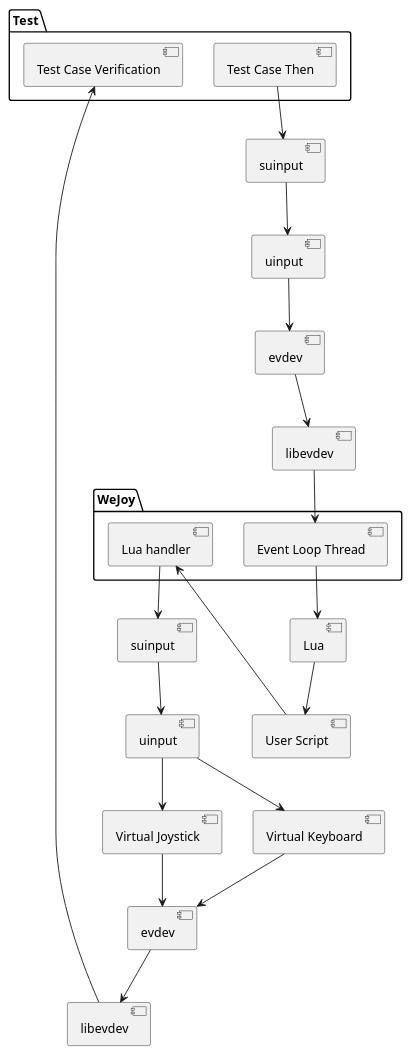
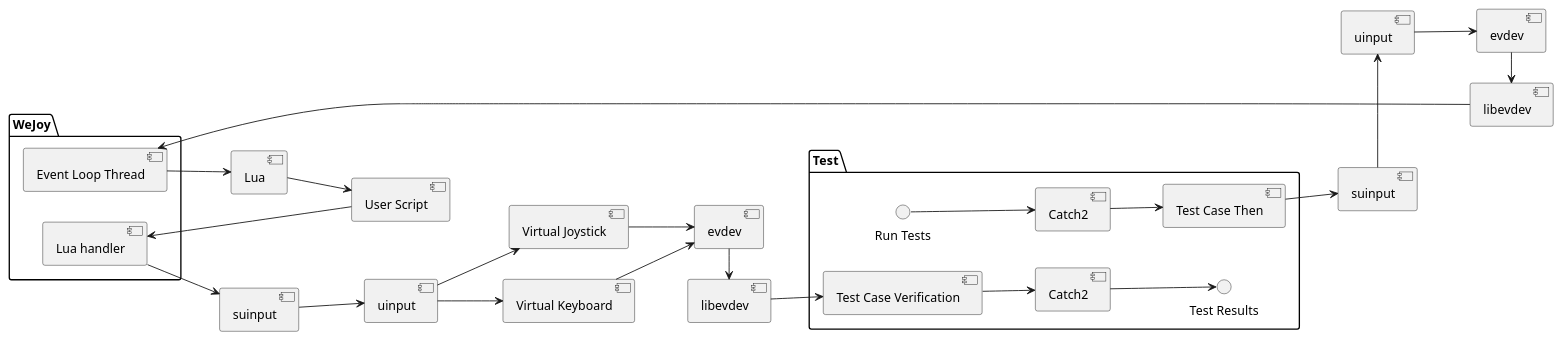
One commit to Vantskruv/wejoy changed the diagram in documentation/TestingArchitectureDiagram.puml. Above: the diagram before and after it, drawn with PlantUML. The commit also changed 6 other files, not shown here.

```diff
--- a/documentation/TestingArchitectureDiagram.puml
+++ b/documentation/TestingArchitectureDiagram.puml
@@ -1,31 +1,39 @@
 @startuml
+left to right direction
 [Lua]
 [suinput]
 [libevdev test]
 [suinput test] as "suinput"
 package "Test" {
+    interface R as "Run Tests"
+    interface R2 as "Test Results"
+    [Catch2end] as "Catch2"
+    R --> [Catch2]
+    [Catch2] --> [Test Case Then]
     [Test Case Then] --> [suinput test]
     [libevdev test] --> [Test Case Verification]
+    [Test Case Verification] --> [Catch2end]
+    [Catch2end] --> R2
 }
 [uinput test] --> [evdev]
-[suinput test] --> [uinput test]
+[suinput test] -> [uinput test]
 [libevdev test] as "libevdev"
 [evdev test] as "evdev"
-[evdev] --> [libevdev]
+[evdev] -> [libevdev]
 [uinput test] as "uinput"
 package "WeJoy" {
     libevdev --> [Event Loop Thread]
     [Event Loop Thread] --> Lua
     [Lua handler] --> [suinput]
 }
 [Lua] --> [User Script]
 [User Script] --> [Lua handler]
 suinput --> [uinput]
 [uinput] --> [Virtual Keyboard]
 [uinput] --> [Virtual Joystick]
 [Virtual Keyboard] --> [evdev test]
 [Virtual Joystick] --> [evdev test]
-[evdev test] --> [libevdev test]
+[evdev test] -> [libevdev test]
 
 
 @enduml
```
